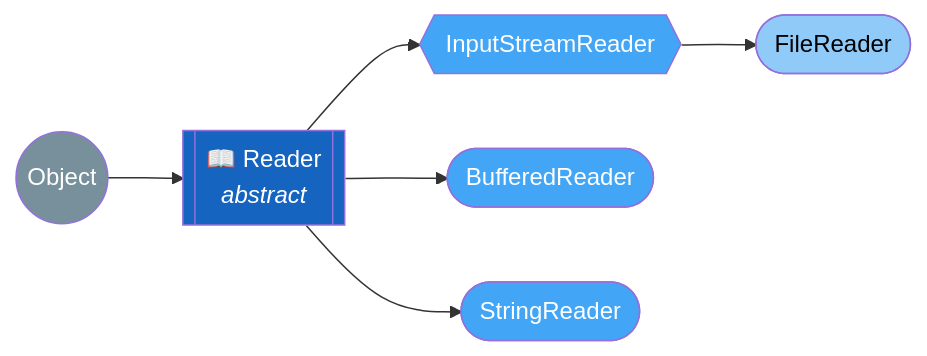
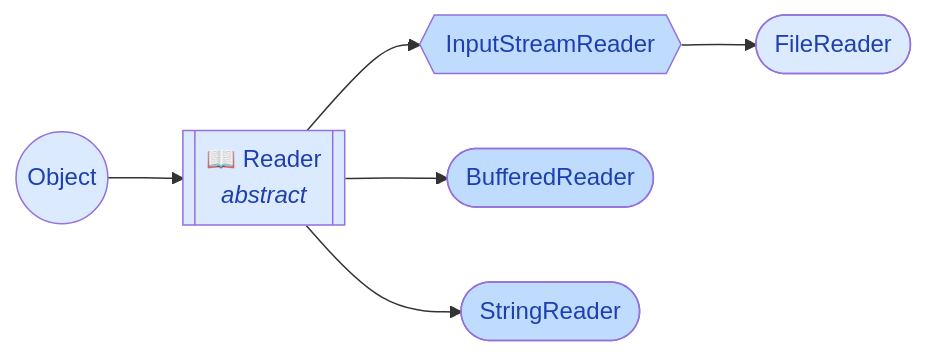
The second of 5 diagrams in docs/java/FileHandling.md (saivamsikaruturi/vamsilabs-dev-notes-main), drawn with Mermaid before and after one commit. The commit also changed other lines of this file and 220 other files, not shown here.

First line of the commit message:
Add 50+ new Java/Spring Boot pages, rewrite CSS code blocks to Oracle style, fix all diagram colors

````diff
--- a/docs/java/FileHandling.md
+++ b/docs/java/FileHandling.md
@@ -388,15 +388,15 @@
 ```mermaid
 flowchart LR
     O1(("Object")) --> Reader[["📖 Reader<br/><i>abstract</i>"]]
     Reader --> ISR{{"InputStreamReader"}}
     ISR --> FR(["FileReader"])
     Reader --> BR(["BufferedReader"])
     Reader --> SR(["StringReader"])
 
-    style O1 fill:#78909C,color:#fff
-    style Reader fill:#1565C0,color:#fff
-    style ISR fill:#42A5F5,color:#fff
-    style FR fill:#90CAF9,color:#000
-    style BR fill:#42A5F5,color:#fff
-    style SR fill:#42A5F5,color:#fff
+    style O1 fill:#DBEAFE,color:#1E40AF
+    style Reader fill:#DBEAFE,color:#1E40AF
+    style ISR fill:#BFDBFE,color:#1E40AF
+    style FR fill:#DBEAFE,color:#1E40AF
+    style BR fill:#BFDBFE,color:#1E40AF
+    style SR fill:#BFDBFE,color:#1E40AF
 ```
````
